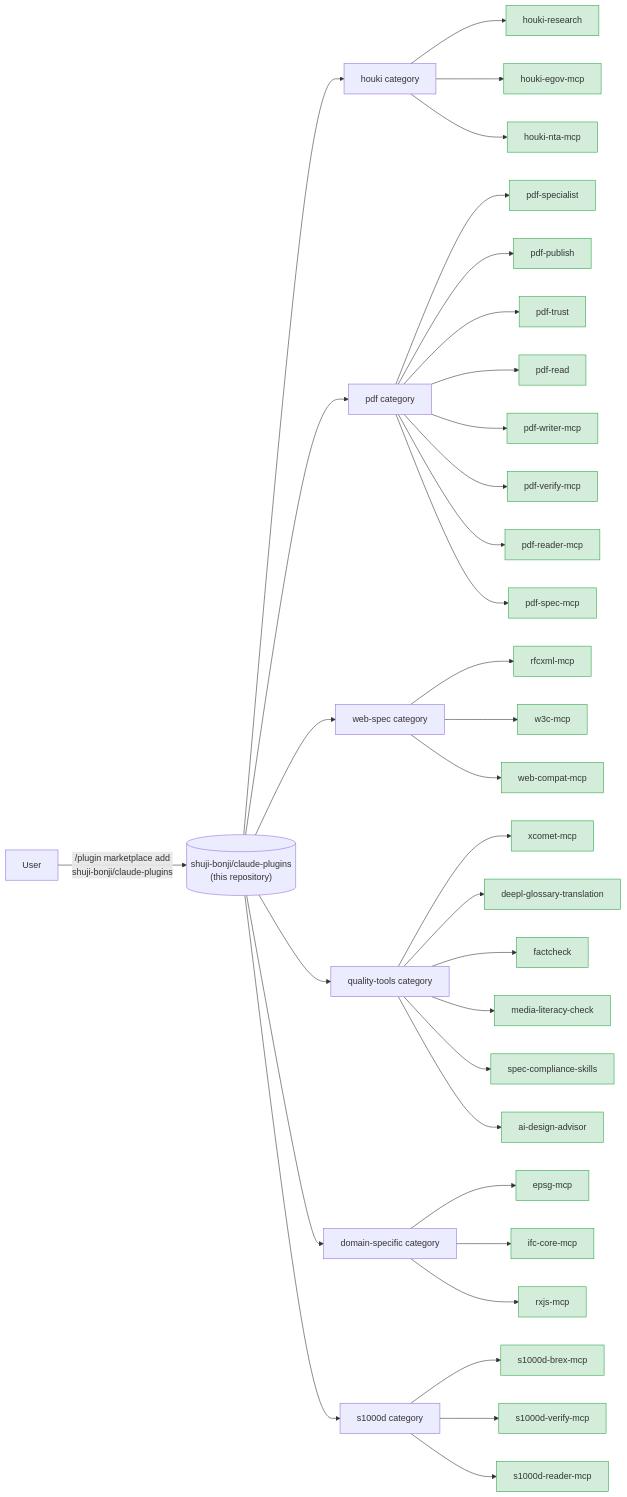
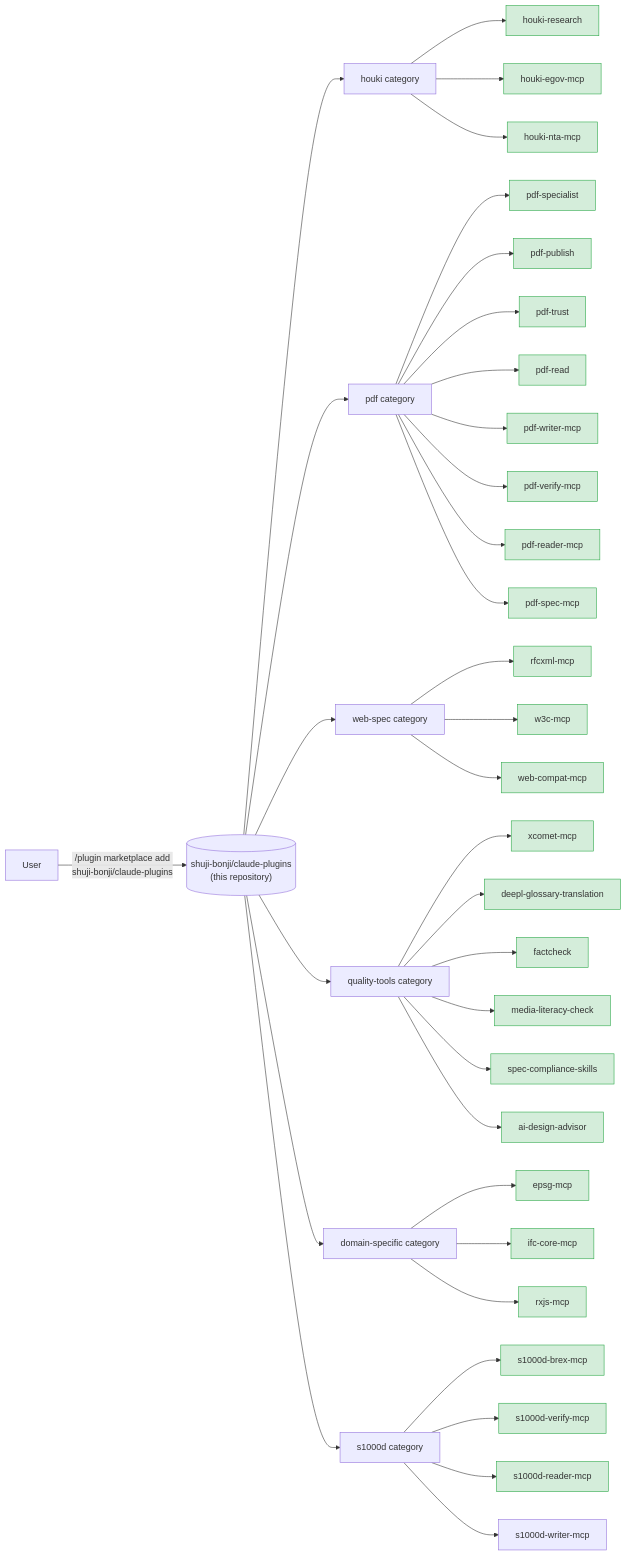
The diagram in README.md (shuji-bonji/claude-plugins), drawn with Mermaid before and after one commit. The commit also changed other lines of this file and 2 other files, not shown here.

Commit message:
chore: rename plugin to s1000d-writer-mcp to match the other S1000D plugins

````diff
--- a/README.md
+++ b/README.md
@@ -13,46 +13,47 @@
 ```mermaid
 graph LR
   user["User"] -->|"/plugin marketplace add<br/>shuji-bonji/claude-plugins"| mp[("shuji-bonji/claude-plugins<br/>(this repository)")]
 
   mp --> houki[houki category]
   mp --> pdf[pdf category]
   mp --> webspec[web-spec category]
   mp --> quality[quality-tools category]
   mp --> domain[domain-specific category]
   mp --> s1000d[s1000d category]
 
   houki --> hr["houki-research"]
   houki --> hegov["houki-egov-mcp"]
   houki --> hnta["houki-nta-mcp"]
 
   pdf --> pspecial["pdf-specialist"]
   pdf --> ppub["pdf-publish"]
   pdf --> ptrust["pdf-trust"]
   pdf --> pread["pdf-read"]
   pdf --> pwriter["pdf-writer-mcp"]
   pdf --> pverify["pdf-verify-mcp"]
   pdf --> hpdf["pdf-reader-mcp"]
   pdf --> pspec["pdf-spec-mcp"]
 
   webspec --> rfcxml["rfcxml-mcp"]
   webspec --> w3c["w3c-mcp"]
   webspec --> webcompat["web-compat-mcp"]
 
   quality --> xcomet["xcomet-mcp"]
   quality --> deepl["deepl-glossary-translation"]
   quality --> fact["factcheck"]
   quality --> media["media-literacy-check"]
   quality --> speccomp["spec-compliance-skills"]
   quality --> aidesign["ai-design-advisor"]
 
   domain --> epsg["epsg-mcp"]
   domain --> ifc["ifc-core-mcp"]
   domain --> rxjs["rxjs-mcp"]
 
   s1000d --> sbrex["s1000d-brex-mcp"]
   s1000d --> sverify["s1000d-verify-mcp"]
   s1000d --> sreader["s1000d-reader-mcp"]
+  s1000d --> swriter["s1000d-writer-mcp"]
 
   classDef live fill:#d4edda,stroke:#28a745
   class hr,hegov,hnta,pspecial,ppub,ptrust,pread,pwriter,pverify,hpdf,pspec,rfcxml,w3c,webcompat,xcomet,deepl,fact,media,speccomp,aidesign,epsg,ifc,rxjs,sbrex,sverify,sreader live
 ```
````
